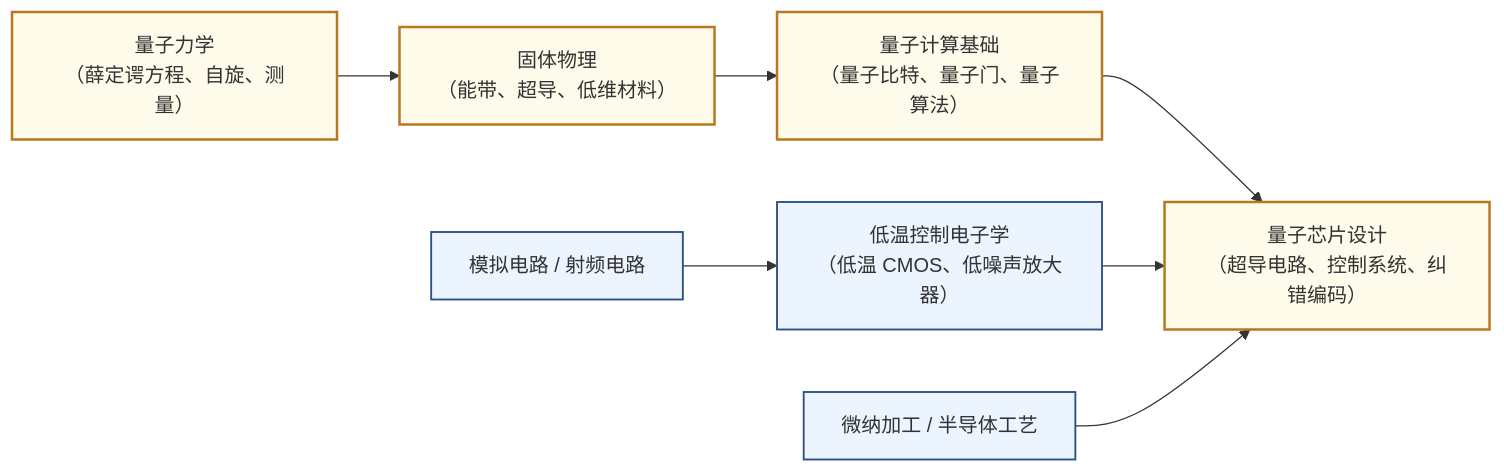
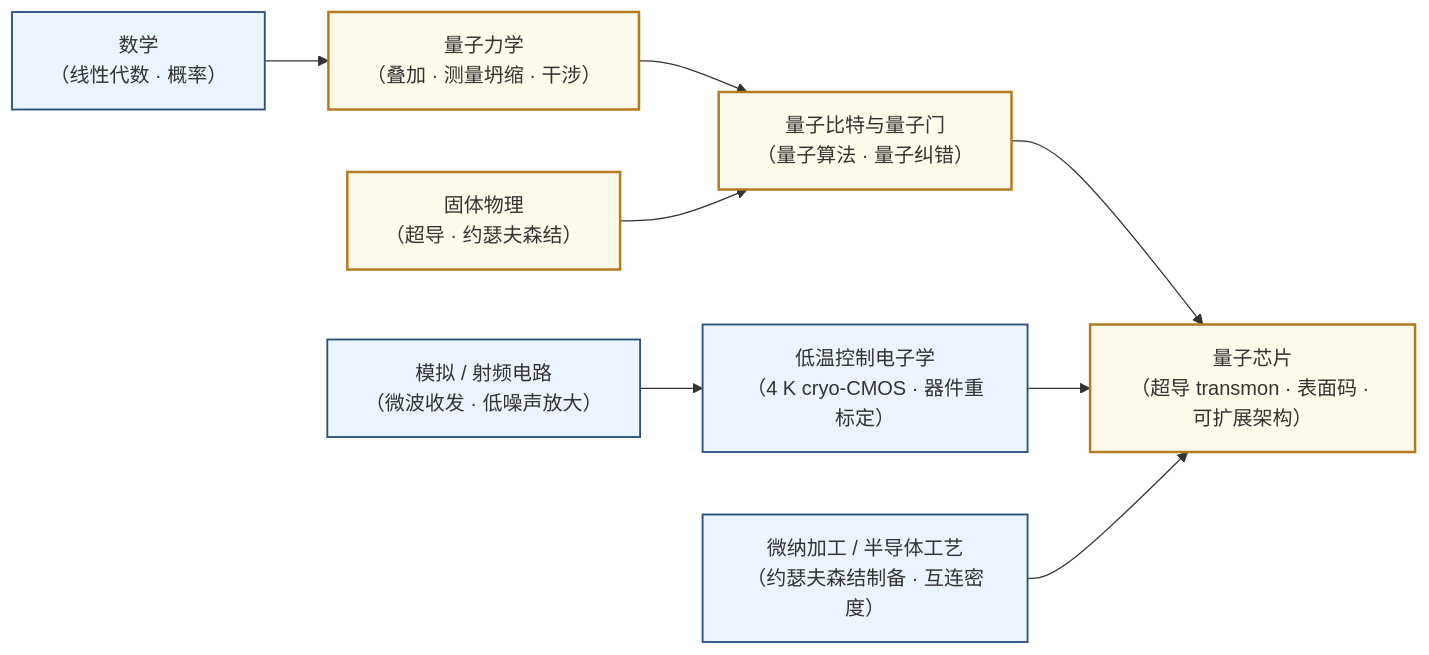
The diagram in docs/科研方向/量子计算与量子芯片.md (Crys-Chen/ic-guide), drawn with Mermaid before and after one commit. The commit also changed other lines of this file and 4 other files, not shown here.

````diff
--- a/docs/科研方向/量子计算与量子芯片.md
+++ b/docs/科研方向/量子计算与量子芯片.md
@@ -522,16 +522,16 @@
 ```mermaid
 graph LR
-    A["量子力学\n（薛定谔方程、自旋、测量）"] --> B["固体物理\n（能带、超导、低维材料）"]
-    B --> C["量子计算基础\n（量子比特、量子门、量子算法）"]
-    C --> D["量子芯片设计\n（超导电路、控制系统、纠错编码）"]
+    A["量子力学\n（叠加 · 测量坍缩 · 干涉）"] --> C["量子比特与量子门\n（量子算法 · 量子纠错）"]
+    B["固体物理\n（超导 · 约瑟夫森结）"] --> C
+    C --> D["量子芯片\n（超导 transmon · 表面码 · 可扩展架构）"]
 
-    E["模拟电路 / 射频电路"] --> F["低温控制电子学\n（低温 CMOS、低噪声放大器）"]
+    E["模拟 / 射频电路\n（微波收发 · 低噪声放大）"] --> F["低温控制电子学\n（4 K cryo-CMOS · 器件重标定）"]
     F --> D
-
-    G["微纳加工 / 半导体工艺"] --> D
+    G["微纳加工 / 半导体工艺\n（约瑟夫森结制备 · 互连密度）"] --> D
+    M["数学\n（线性代数 · 概率）"] --> A
 
     classDef core fill:#FFFBEB,stroke:#B7791F,stroke-width:2px
     classDef supp fill:#EBF4FF,stroke:#2C5282,stroke-width:1.5px
     class A,B,C,D core
-    class E,F,G supp
+    class E,F,G,M supp
 ```
````
